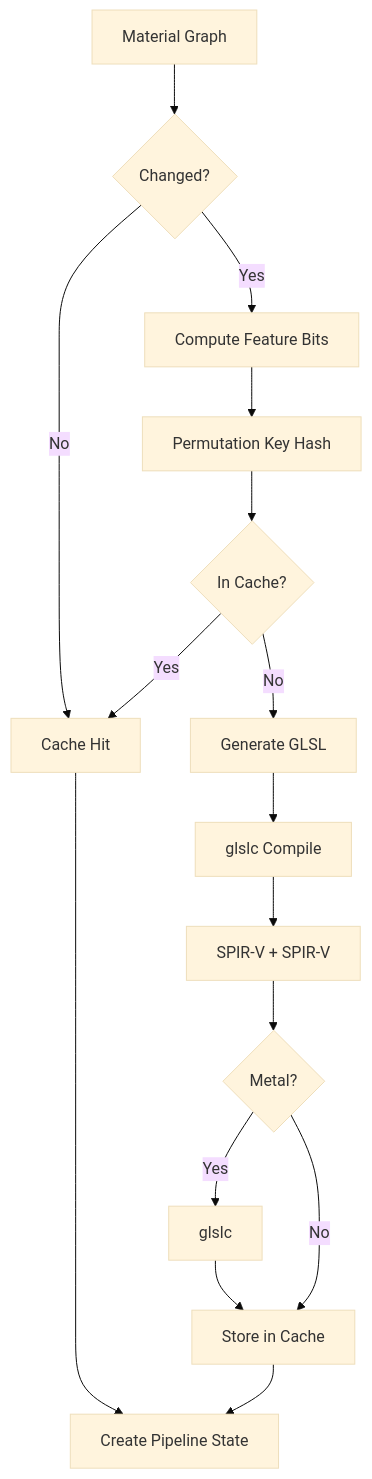
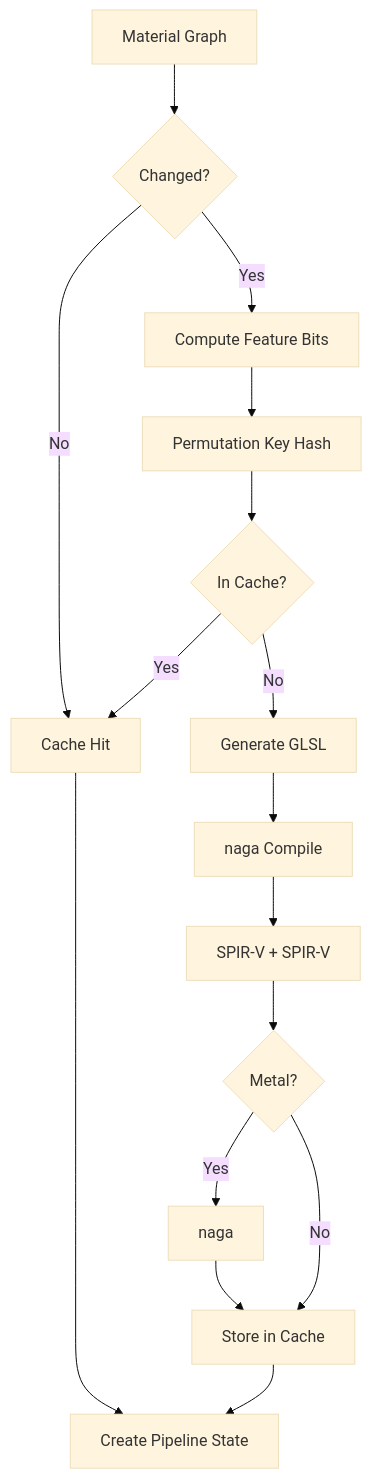
The fourth of 7 diagrams in docs/design/rendering/render-styles.md (harmonius-dev/harmonius), drawn with Mermaid (base theme) before and after one commit. The commit also changed other lines of this file and 68 other files, not shown here.

````diff
--- a/docs/design/rendering/render-styles.md
+++ b/docs/design/rendering/render-styles.md
@@ -291,18 +291,18 @@
 ```mermaid
 flowchart TD
     A[Material Graph] --> B{Changed?}
     B -->|No| C[Cache Hit]
     B -->|Yes| D[Compute Feature Bits]
     D --> E[Permutation Key Hash]
     E --> F{In Cache?}
     F -->|Yes| C
     F -->|No| G[Generate GLSL]
-    G --> H[glslc Compile]
+    G --> H[naga Compile]
     H --> I[SPIR-V + SPIR-V]
     I --> J{Metal?}
-    J -->|Yes| K[glslc]
+    J -->|Yes| K[naga]
     K --> L[Store in Cache]
     J -->|No| L
     L --> M[Create Pipeline State]
     C --> M
 ```
````
